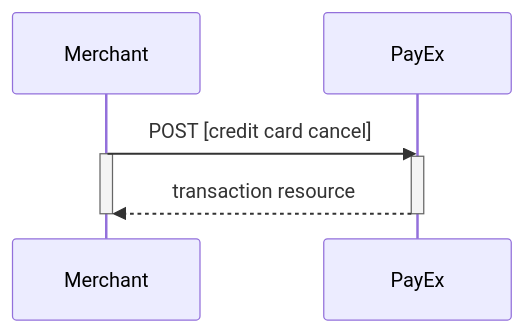
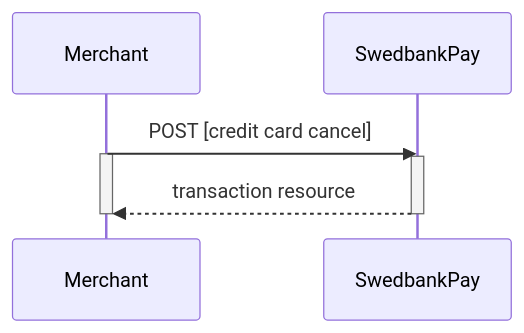
One commit to SwedbankPay/developer.swedbankpay.com changed the sixth of 10 diagrams in payments/credit-card/after-payment.md. Above: the diagram before and after it, drawn with Mermaid. The commit also changed other lines of this file and 3 other files, not shown here.

````diff
--- a/payments/credit-card/after-payment.md
+++ b/payments/credit-card/after-payment.md
@@ -652,9 +652,9 @@
 ```mermaid
 sequenceDiagram
-  Merchant->>PayEx: POST [credit card cancel]
+  Merchant->>SwedbankPay: POST [credit card cancel]
   Activate Merchant
-  Activate PayEx
-  PayEx-->>Merchant: transaction resource
-  Deactivate PayEx
+  Activate SwedbankPay
+  SwedbankPay-->>Merchant: transaction resource
+  Deactivate SwedbankPay
   Deactivate Merchant
 ```
````
